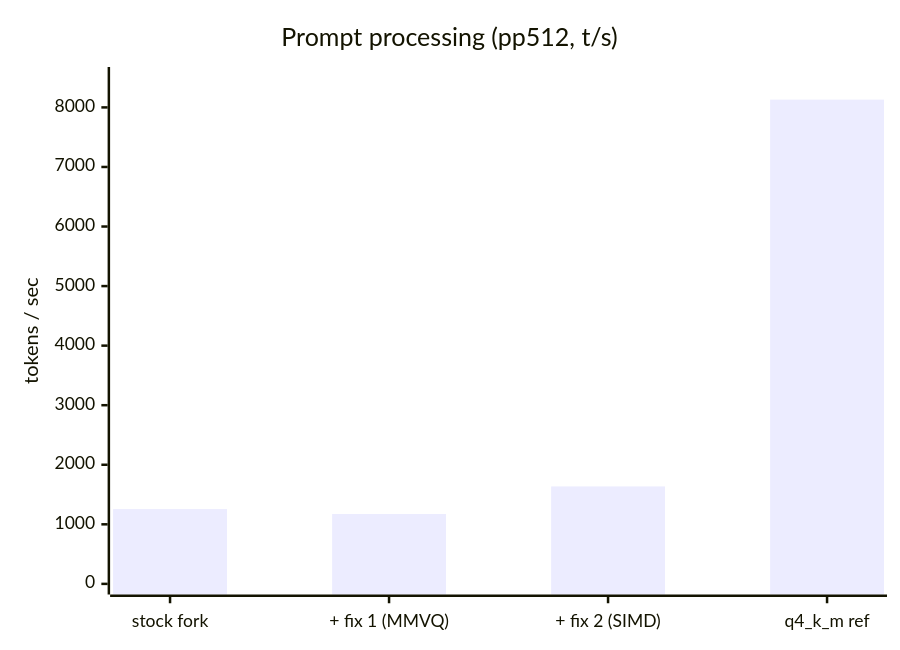
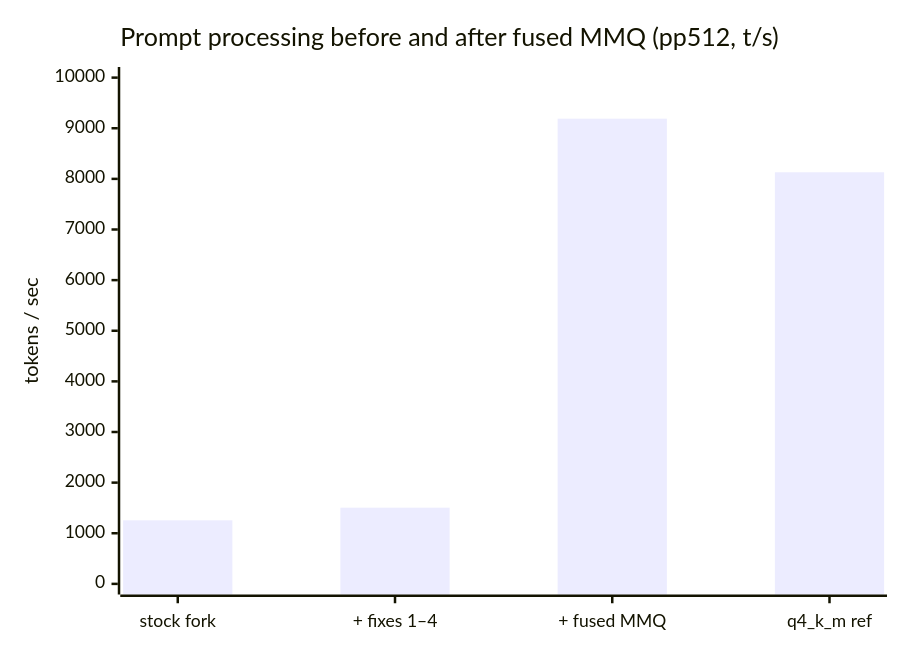
The sixth of 7 diagrams in README.md (PascalAI2024/maple-preview-windows-cuda), drawn with Mermaid before and after one commit. The commit also changed other lines of this file and 23 other files, not shown here.

````diff
--- a/README.md
+++ b/README.md
@@ -319,7 +344,7 @@
 ```mermaid
 xychart-beta
-    title "Prompt processing (pp512, t/s)"
-    x-axis ["stock fork", "+ fix 1 (MMVQ)", "+ fix 2 (SIMD)", "q4_k_m ref"]
-    y-axis "tokens / sec" 0 --> 8500
-    bar [1255.7, 1173.4, 1635.8, 8130.5]
+    title "Prompt processing before and after fused MMQ (pp512, t/s)"
+    x-axis ["stock fork", "+ fixes 1–4", "+ fused MMQ", "q4_k_m ref"]
+    y-axis "tokens / sec" 0 --> 10000
+    bar [1255.7, 1505.0, 9189.0, 8130.5]
 ```
````
